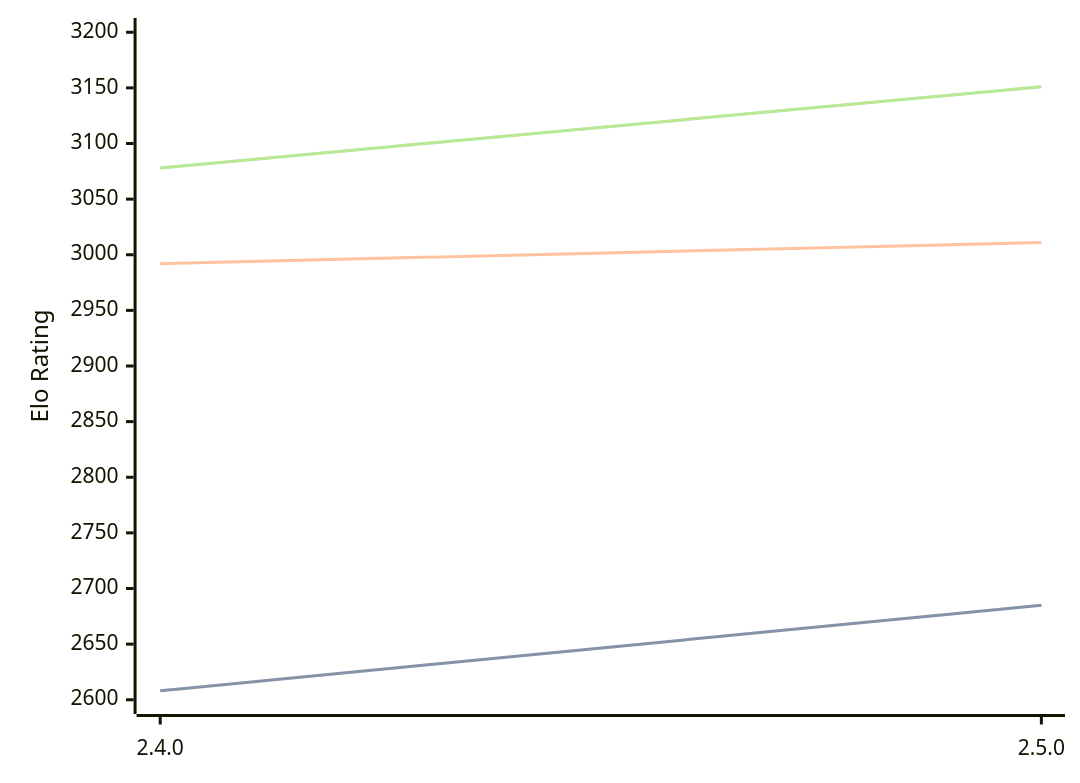
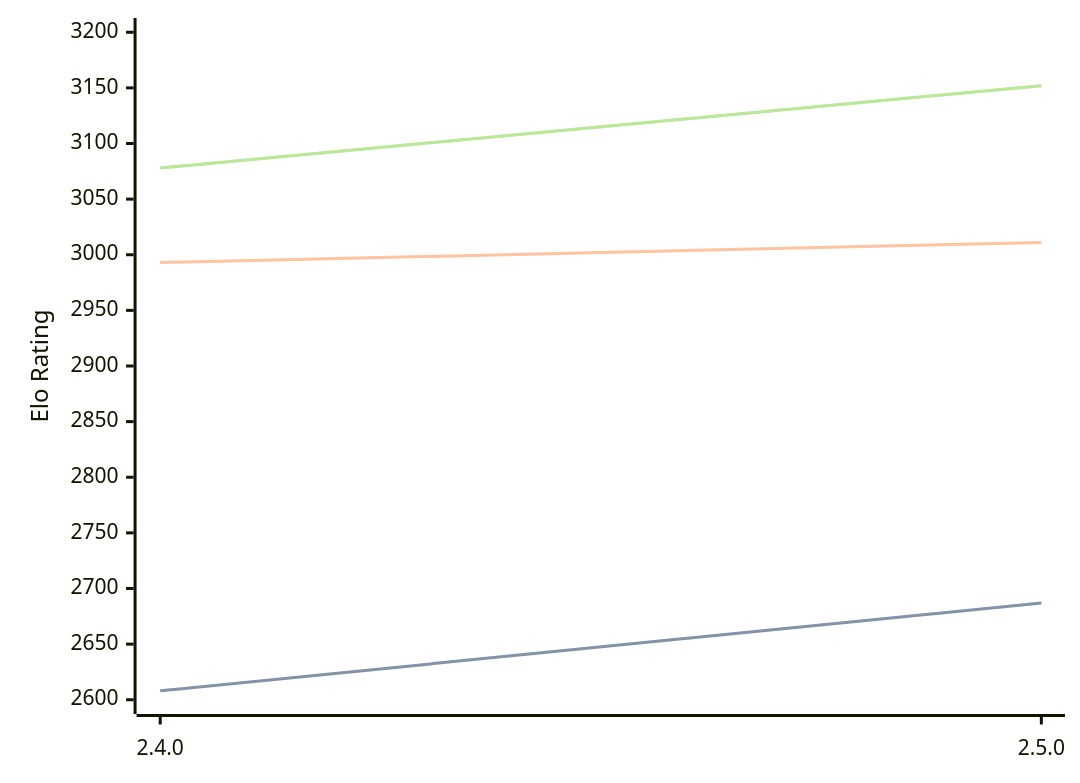
Before and after one commit to computer-chess-index/cci: the diagram in engines/Sturddle2.md, drawn with Mermaid. The commit also changed other lines of this file, not shown here.

Commit message:
Update CCI Ratings (ELO VLTC) - 2026-07-20

````diff
--- a/engines/Sturddle2.md
+++ b/engines/Sturddle2.md
@@ -37,11 +37,11 @@
 ```mermaid
 %%{init: {"theme":"base","themeVariables":{"seriesColors:['#a3a3a3','#222221','#faa371']}}}%%
 xychart-beta
   x-axis ["2.4.0", "2.5.0"]
   y-axis "Elo Rating" 2600 --> 3200
-  line "STC (8.0+0.08s)" [2608, 2685]
-  line "STC (8.0+0.08s)" [2608, 2685]
-  line "LTC (60.0+0.60s)" [2992, 3011]
-  line "VLTC (2m24s+1.12s)" [3078, 3151]
-  line "VLTC (2m24s+1.12s)" [3078, 3151]
+  line "STC (8.0+0.08s)" [2608, 2687]
+  line "STC (8.0+0.08s)" [2608, 2687]
+  line "LTC (60.0+0.60s)" [2993, 3011]
+  line "VLTC (2m24s+1.12s)" [3078, 3152]
+  line "VLTC (2m24s+1.12s)" [3078, 3152]
 ```
````
